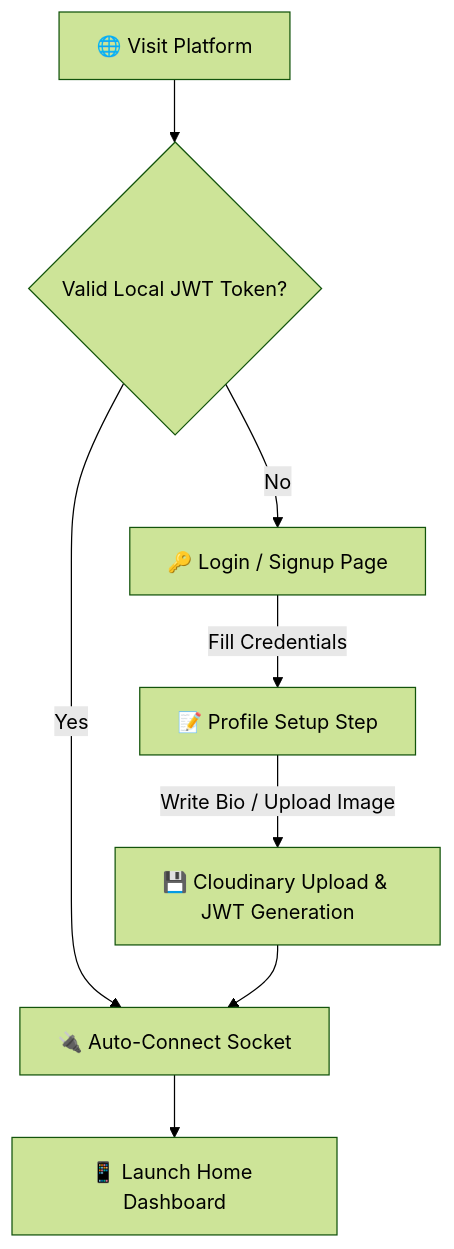
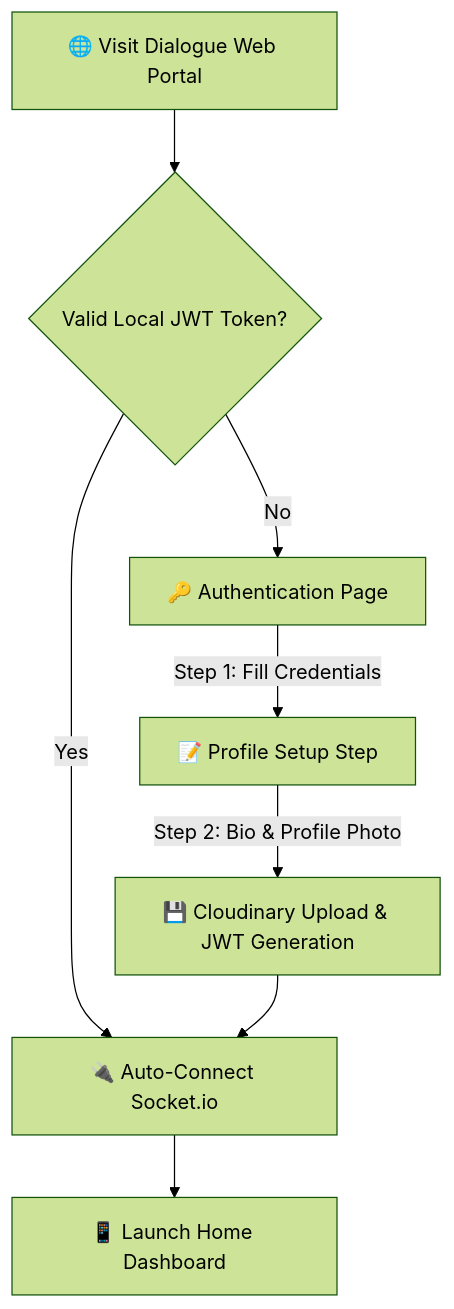
One commit to SarthakDudhe/ChatApplication changed the first of 4 diagrams in README.md. Above: the diagram before and after it, drawn with Mermaid (forest theme). The commit also changed other lines of this file, not shown here.

Commit message:
docs: rename project to Dialogue and update README with Llama-4 integration, architectural improvements, and new visual placeholders

````diff
--- a/README.md
+++ b/README.md
@@ -167,10 +186,10 @@
 ```mermaid
 graph TD
-    A[🌐 Visit Platform] --> B{Valid Local JWT Token?}
-    B -->|Yes| C[🔌 Auto-Connect Socket]
-    B -->|No| D[🔑 Login / Signup Page]
-    D -->|Fill Credentials| E[📝 Profile Setup Step]
-    E -->|Write Bio / Upload Image| F[💾 Cloudinary Upload & JWT Generation]
+    A[🌐 Visit Dialogue Web Portal] --> B{Valid Local JWT Token?}
+    B -->|Yes| C[🔌 Auto-Connect Socket.io]
+    B -->|No| D[🔑 Authentication Page]
+    D -->|Step 1: Fill Credentials| E[📝 Profile Setup Step]
+    E -->|Step 2: Bio & Profile Photo| F[💾 Cloudinary Upload & JWT Generation]
     F --> C
     C --> G[📱 Launch Home Dashboard]
 ```
````
